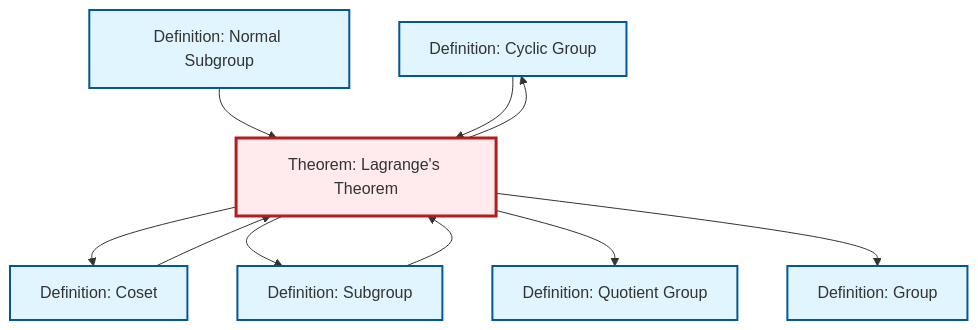
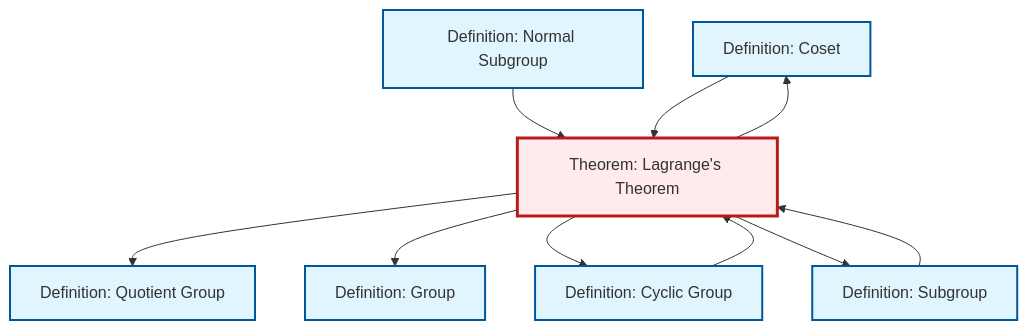
The diagram in output/mermaid/thm-lagrange.mermaid (RK0429/ModernMath), drawn with Mermaid before and after one commit. The commit also changed other lines of this file and 434 other files, not shown here.

```diff
--- a/output/mermaid/thm-lagrange.mermaid
+++ b/output/mermaid/thm-lagrange.mermaid
@@ -1,24 +1,24 @@
 %%| fig-cap: "Local dependency graph"
 graph TD
     classDef definition fill:#e1f5fe,stroke:#01579b,stroke-width:2px
     classDef theorem fill:#f3e5f5,stroke:#4a148c,stroke-width:2px
     classDef axiom fill:#fff3e0,stroke:#e65100,stroke-width:2px
     classDef example fill:#e8f5e9,stroke:#1b5e20,stroke-width:2px
     classDef current fill:#ffebee,stroke:#b71c1c,stroke-width:3px
-    def-cyclic-group["Definition: Cyclic Group"]:::definition
-    def-subgroup["Definition: Subgroup"]:::definition
     def-coset["Definition: Coset"]:::definition
+    def-group["Definition: Group"]:::definition
     def-normal-subgroup["Definition: Normal Subgroup"]:::definition
     def-quotient-group["Definition: Quotient Group"]:::definition
     thm-lagrange["Theorem: Lagrange's Theorem"]:::theorem
-    def-group["Definition: Group"]:::definition
+    def-cyclic-group["Definition: Cyclic Group"]:::definition
+    def-subgroup["Definition: Subgroup"]:::definition
+    thm-lagrange --> def-quotient-group
+    def-normal-subgroup --> thm-lagrange
+    thm-lagrange --> def-group
     thm-lagrange --> def-cyclic-group
-    def-normal-subgroup --> thm-lagrange
     thm-lagrange --> def-coset
+    def-coset --> thm-lagrange
+    def-cyclic-group --> thm-lagrange
     thm-lagrange --> def-subgroup
-    def-cyclic-group --> thm-lagrange
-    def-coset --> thm-lagrange
-    thm-lagrange --> def-quotient-group
-    thm-lagrange --> def-group
     def-subgroup --> thm-lagrange
     class thm-lagrange current
```
